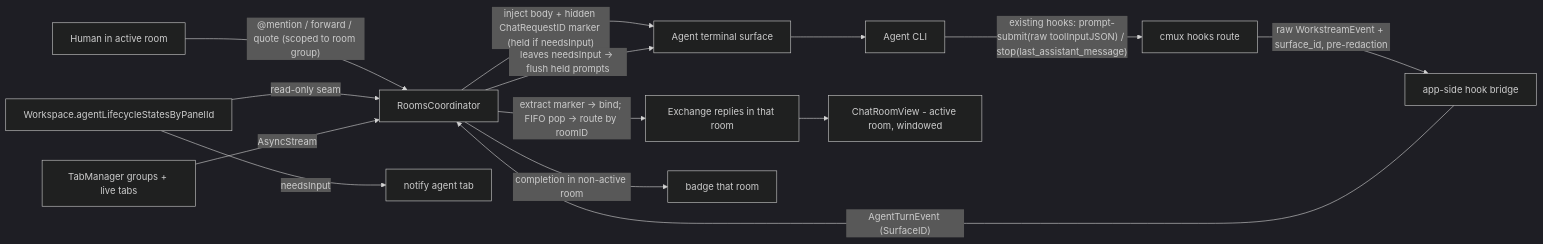
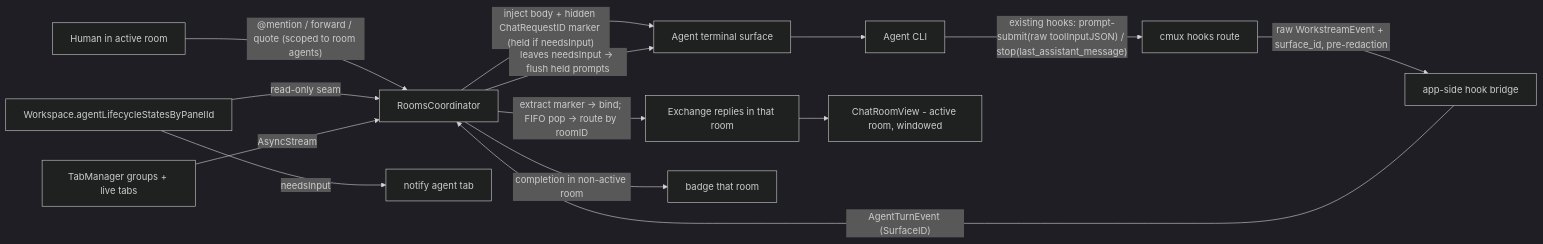
Before and after one commit to dylanliu8949/cmux_chat_room: the diagram in docs/superpowers/specs/2026-06-06-cmux-ai-chat-room-design.md, drawn with Mermaid (dark theme). The commit also changed other lines of this file, not shown here.

First line of the commit message:
Spec rev 8: drop WorkspaceGroup; rooms = roomID membership

````diff
--- a/docs/superpowers/specs/2026-06-06-cmux-ai-chat-room-design.md
+++ b/docs/superpowers/specs/2026-06-06-cmux-ai-chat-room-design.md
@@ -415,16 +426,16 @@
 ```mermaid
 flowchart LR
-  U[Human in active room] -- "@mention / forward / quote (scoped to room group)" --> CO[RoomsCoordinator]
+  U[Human in active room] -- "@mention / forward / quote (scoped to room agents)" --> CO[RoomsCoordinator]
   CO -- "inject body + hidden ChatRequestID marker (held if needsInput)" --> SURF[Agent terminal surface]
   SURF --> AG[Agent CLI]
   AG -- "existing hooks: prompt-submit(raw toolInputJSON) / stop(last_assistant_message)" --> HK[cmux hooks route]
   HK -- "raw WorkstreamEvent + surface_id, pre-redaction" --> APP[app-side hook bridge]
   APP -- "AgentTurnEvent (SurfaceID)" --> CO
   CO -- "extract marker → bind; FIFO pop → route by roomID" --> EX[Exchange replies in that room]
   EX --> UI[ChatRoomView - active room, windowed]
   LC[Workspace.agentLifecycleStatesByPanelId] -- read-only seam --> CO
   CO -- "leaves needsInput → flush held prompts" --> SURF
   TM[TabManager groups + live tabs] -- AsyncStream --> CO
   CO -- "completion in non-active room" --> NCH[badge that room]
   LC -- needsInput --> NAG[notify agent tab]
 ```
````
